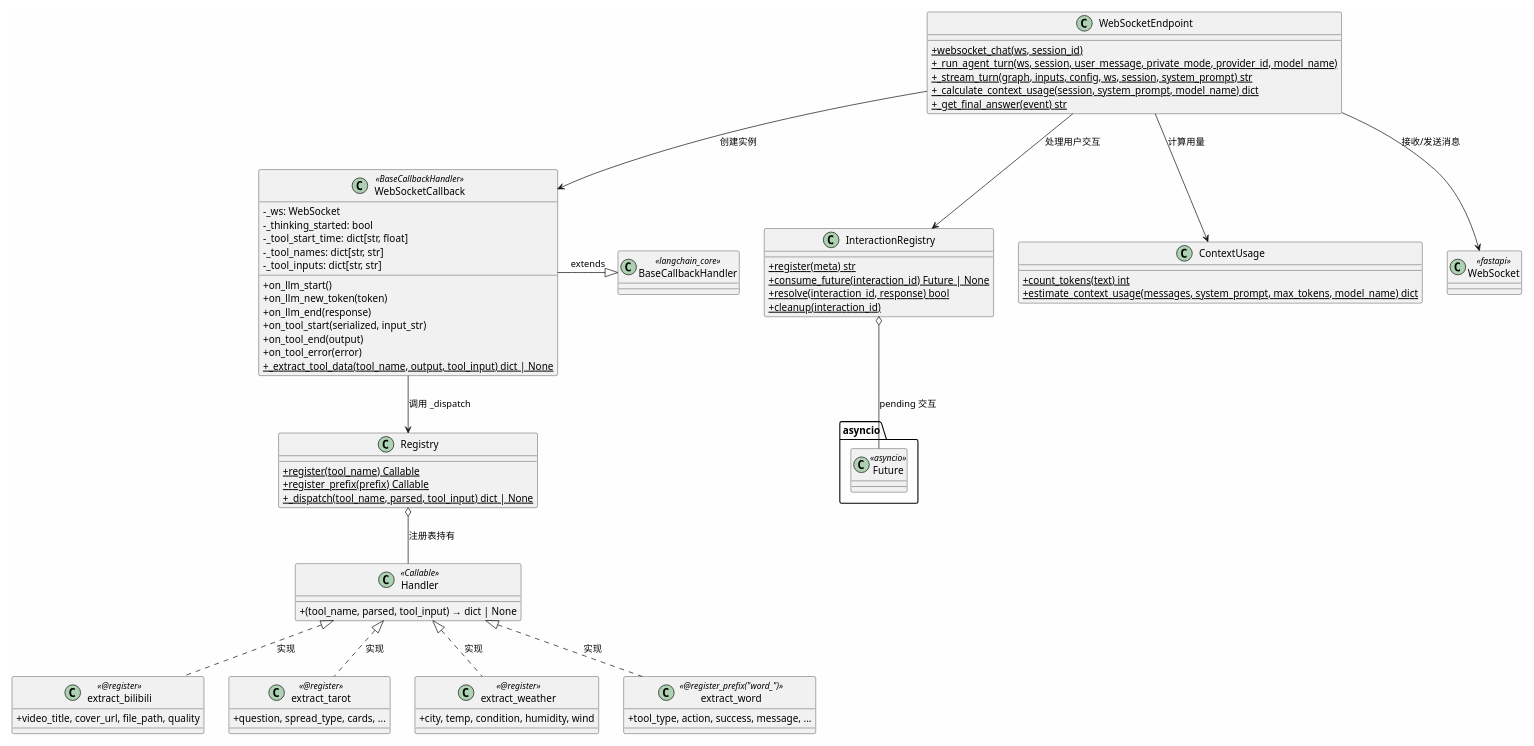
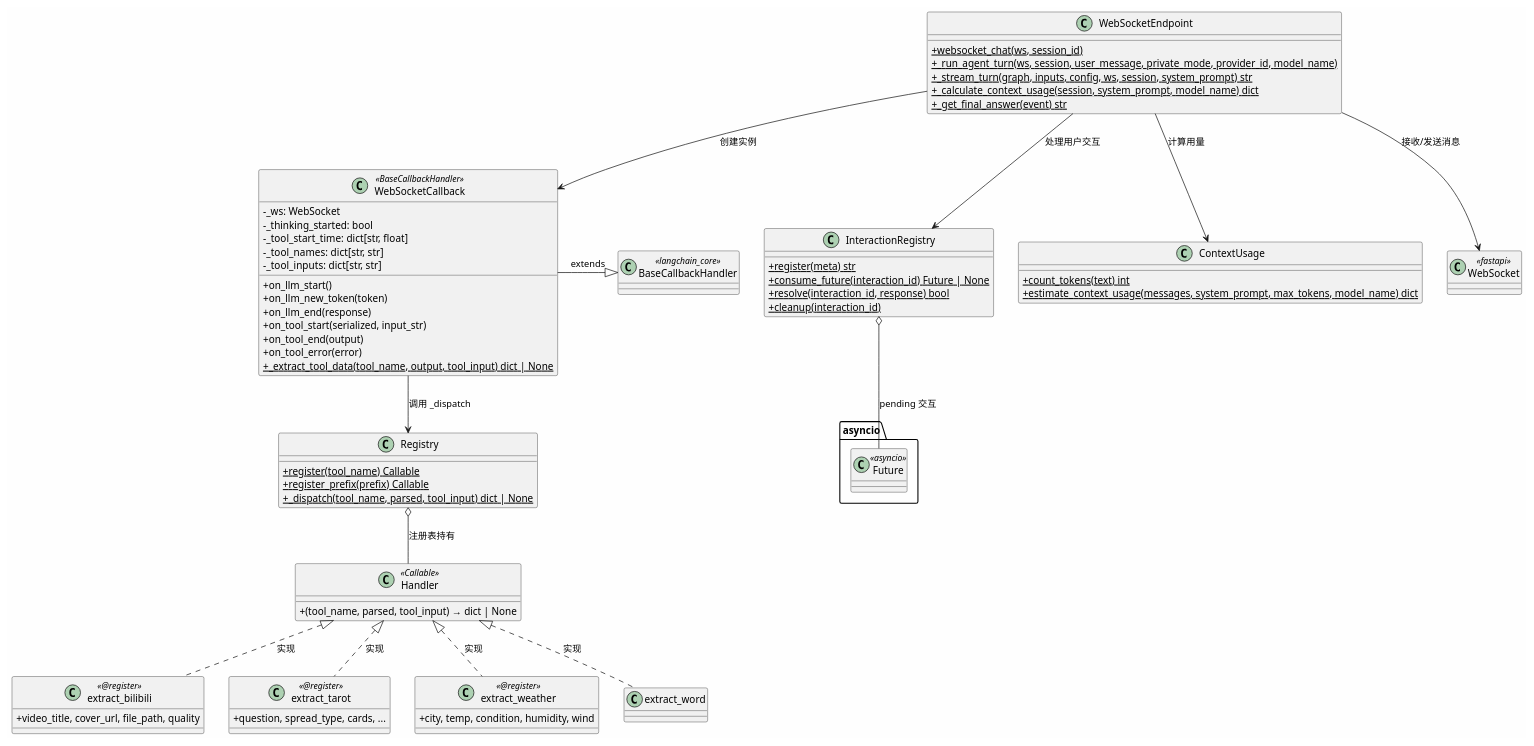
Before and after one commit to Miso2233/SonettoHere: the diagram in dev_docs/projects/uml/websocket.md, drawn with PlantUML. The commit also changed 6 other files, not shown here.

```diff
--- a/dev_docs/projects/uml/websocket.md
+++ b/dev_docs/projects/uml/websocket.md
@@ -48,10 +48,6 @@
 
 class extract_weather <<@register>> {
   + city, temp, condition, humidity, wind
-}
-
-class extract_word <<@register_prefix("word_")>> {
-  + tool_type, action, success, message, ...
 }
 
 ' ===== 交互注册表 =====
```
